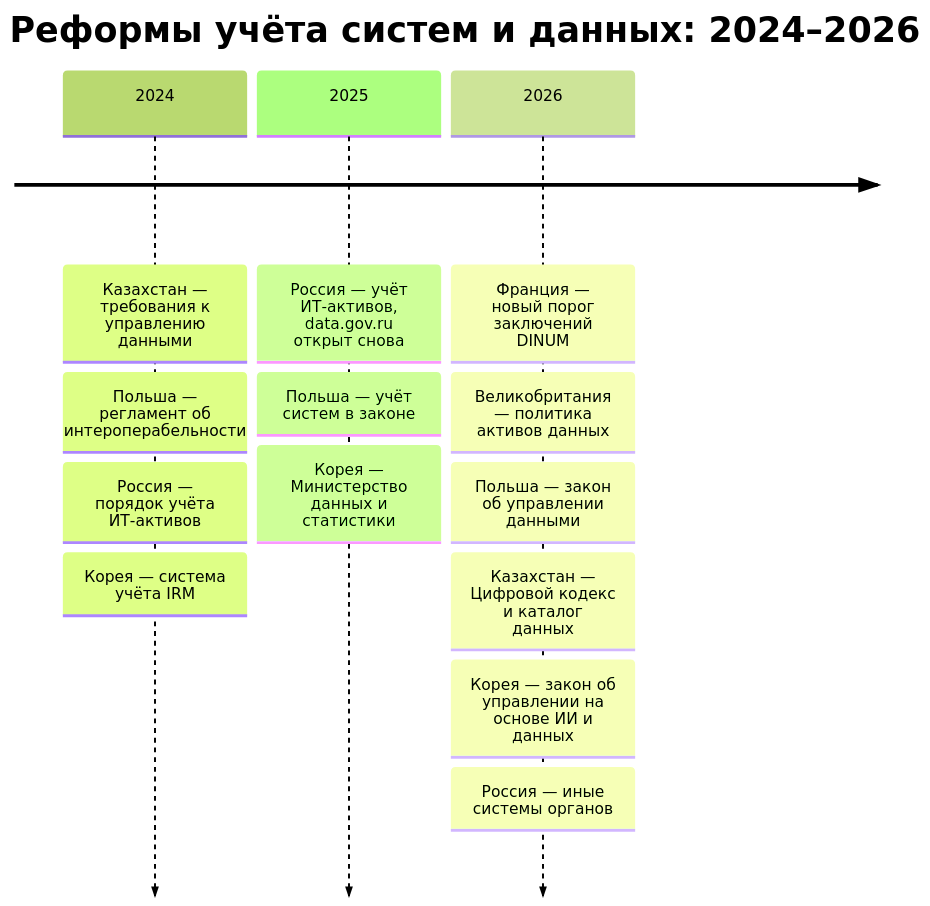
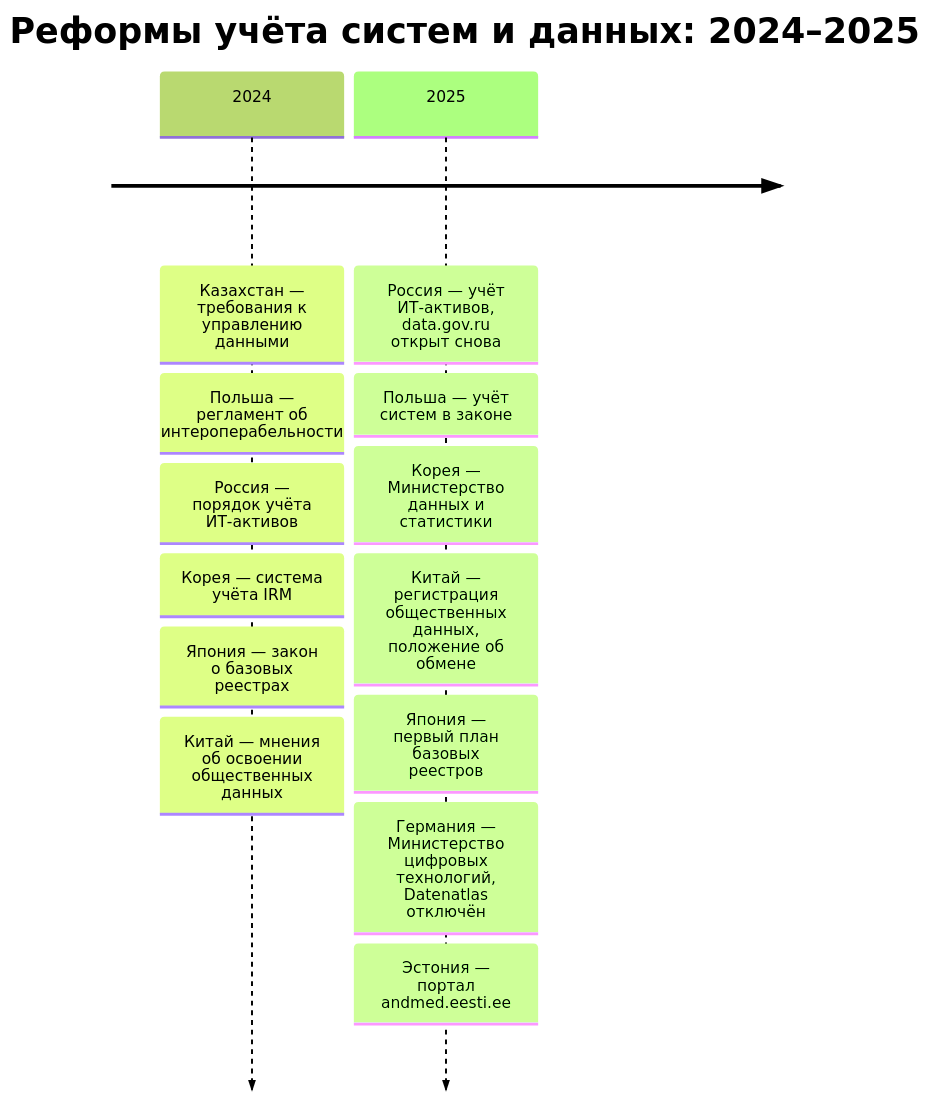
One commit to ivbeg/data-inventory changed the first of 2 diagrams in docs/07-countries/00-overview.md. Above: the diagram before and after it, drawn with Mermaid (forest theme). The commit also changed other lines of this file and 24 other files, not shown here.

````diff
--- a/docs/07-countries/00-overview.md
+++ b/docs/07-countries/00-overview.md
@@ -62,7 +82,6 @@
 ```mermaid
 timeline
-  title Реформы учёта систем и данных: 2024–2026
-  2024 : Казахстан — требования к управлению данными : Польша — регламент об интероперабельности : Россия — порядок учёта ИТ-активов : Корея — система учёта IRM
-  2025 : Россия — учёт ИТ-активов, data.gov.ru открыт снова : Польша — учёт систем в законе : Корея — Министерство данных и статистики
-  2026 : Франция — новый порог заключений DINUM : Великобритания — политика активов данных : Польша — закон об управлении данными : Казахстан — Цифровой кодекс и каталог данных : Корея — закон об управлении на основе ИИ и данных : Россия — иные системы органов
+  title Реформы учёта систем и данных: 2024–2025
+  2024 : Казахстан — требования к управлению данными : Польша — регламент об интероперабельности : Россия — порядок учёта ИТ-активов : Корея — система учёта IRM : Япония — закон о базовых реестрах : Китай — мнения об освоении общественных данных
+  2025 : Россия — учёт ИТ-активов, data.gov.ru открыт снова : Польша — учёт систем в законе : Корея — Министерство данных и статистики : Китай — регистрация общественных данных, положение об обмене : Япония — первый план базовых реестров : Германия — Министерство цифровых технологий, Datenatlas отключён : Эстония — портал andmed.eesti.ee
 ```
````
